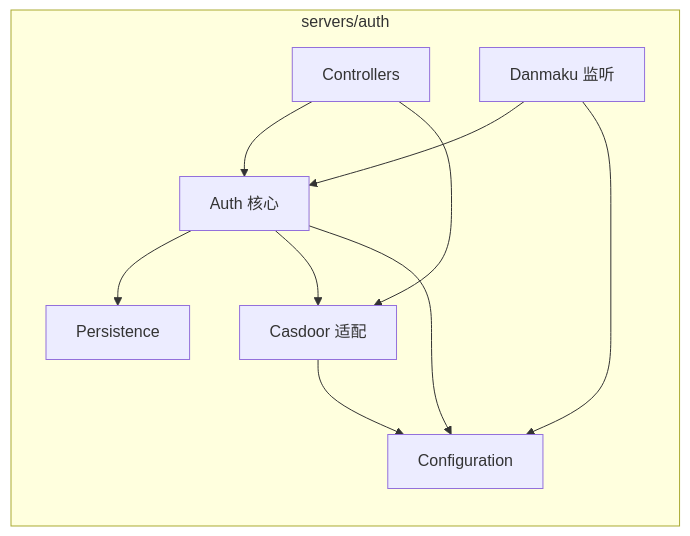
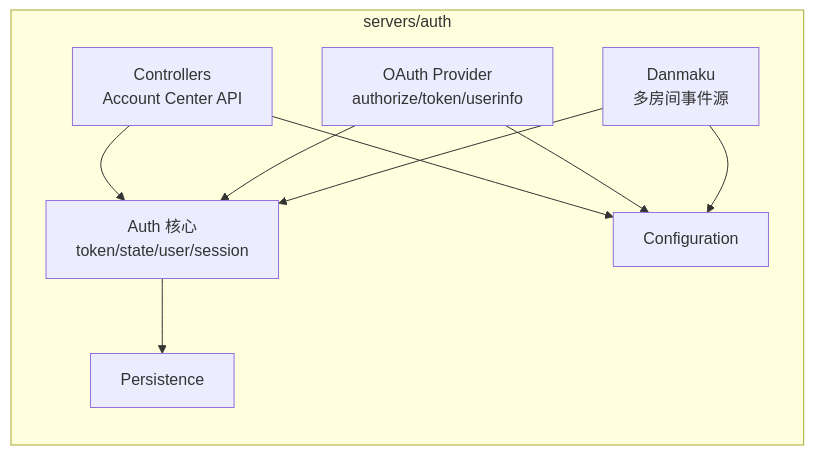
Before and after one commit to Deliay/z-vtuber: the second of 8 diagrams in docs/engineering/proposals/20261119-proposal-danmaku-account-auth.md, drawn with Mermaid. The commit also changed other lines of this file and 1 other file, not shown here.

Commit message:
docs(auth): 返工 v2.0，改为多站点 Casdoor SSO 与多房间事件源

````diff
--- a/docs/engineering/proposals/20261119-proposal-danmaku-account-auth.md
+++ b/docs/engineering/proposals/20261119-proposal-danmaku-account-auth.md
@@ -135,19 +143,18 @@
 ```mermaid
 graph LR
     subgraph servers/auth
-        C1[Controllers]
-        A1[Auth 核心]
-        D1[Danmaku 监听]
-        K1[Casdoor 适配]
+        C1[Controllers<br/>Account Center API]
+        O1[OAuth Provider<br/>authorize/token/userinfo]
+        A1[Auth 核心<br/>token/state/user/session]
+        D1[Danmaku<br/>多房间事件源]
         P1[Persistence]
         CFG[Configuration]
     end
     C1 --> A1
+    O1 --> A1
     D1 --> A1
     A1 --> P1
-    A1 --> K1
-    C1 --> K1
-    A1 --> CFG
+    C1 --> CFG
+    O1 --> CFG
     D1 --> CFG
-    K1 --> CFG
 ```
````
